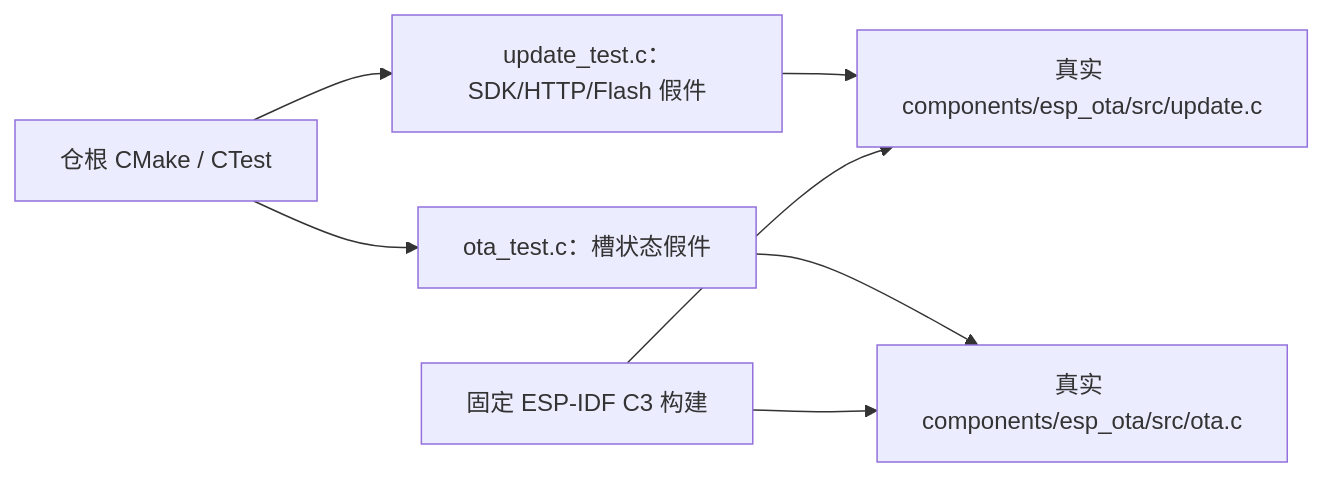
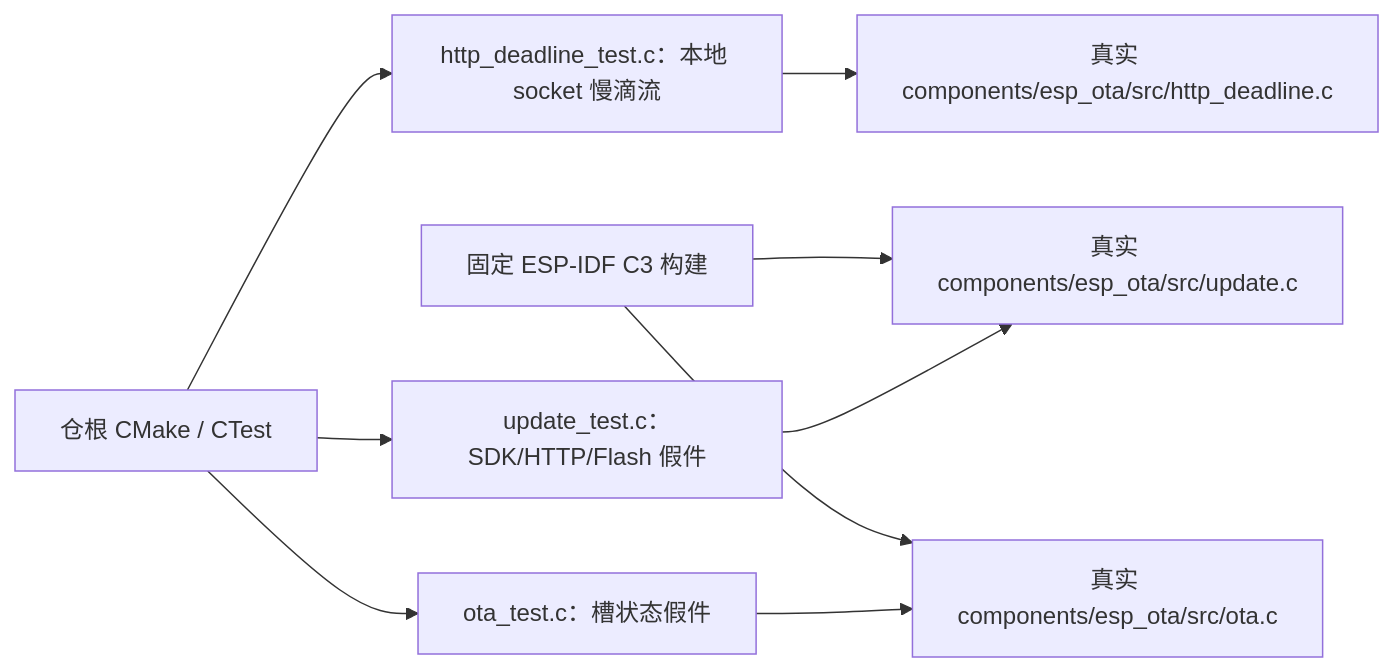
Before and after one commit to darren-you/esp-ota: the diagram in tests/README.md, drawn with Mermaid. The commit also changed other lines of this file and 15 other files, not shown here.

````diff
--- a/tests/README.md
+++ b/tests/README.md
@@ -5,9 +5,11 @@
 ```mermaid
 flowchart LR
     cmake["仓根 CMake / CTest"] --> update["update_test.c：SDK/HTTP/Flash 假件"]
+    cmake --> drip["http_deadline_test.c：本地 socket 慢滴流"]
     cmake --> confirm["ota_test.c：槽状态假件"]
     update --> real_update["真实 components/esp_ota/src/update.c"]
+    drip --> deadline["真实 components/esp_ota/src/http_deadline.c"]
     confirm --> real_ota["真实 components/esp_ota/src/ota.c"]
     sdk["固定 ESP-IDF C3 构建"] --> real_update
     sdk --> real_ota
 ```
````
